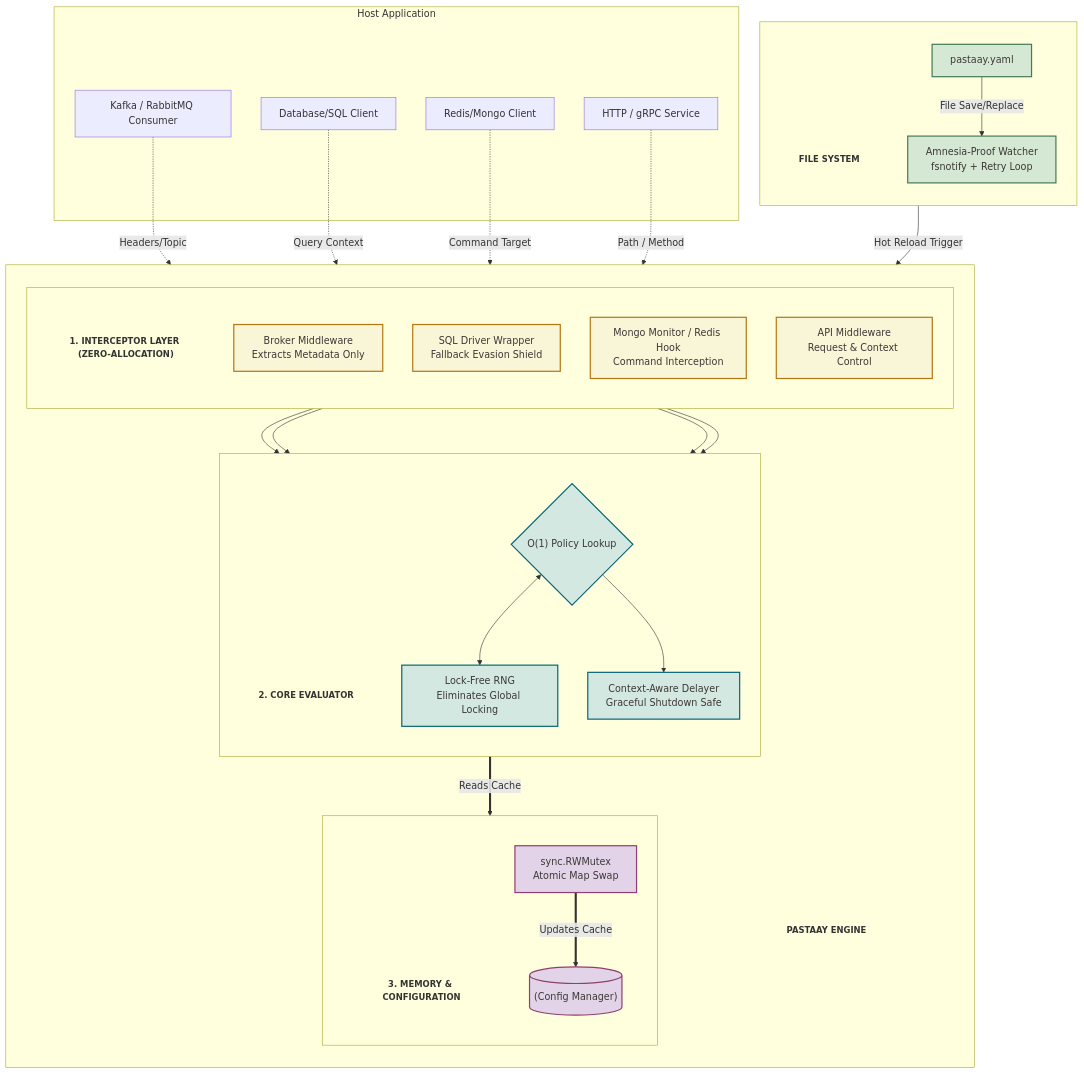
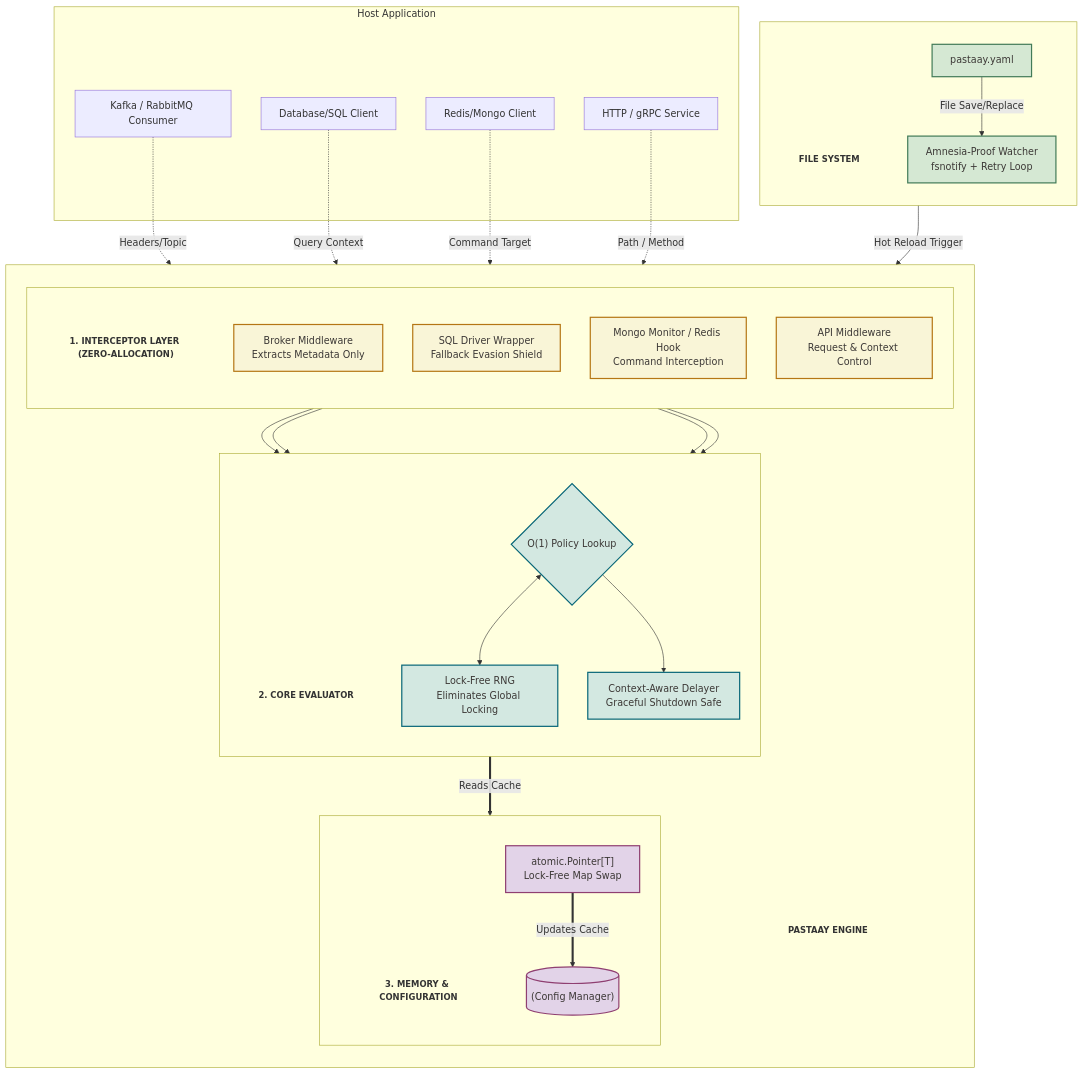
Before and after one commit to CemAkan/pastaay: the diagram in docs/architecture.md, drawn with Mermaid. The commit also changed other lines of this file and 3 other files, not shown here.

````diff
--- a/docs/architecture.md
+++ b/docs/architecture.md
@@ -32,77 +35,77 @@
 ```mermaid
 graph TD
     subgraph "Host Application"
         A["Kafka / RabbitMQ Consumer"]
         B["Database/SQL Client"]
         C["Redis/Mongo Client"]
         D["HTTP / gRPC Service"]
     end
 
 subgraph PE [" "]
 direction TB
 L1["<b>PASTAAY ENGINE</b>"]
 
 subgraph IL [" "]
 direction TB
 L2["<b>1. INTERCEPTOR LAYER (ZERO-ALLOCATION)</b>"]
 I1["Broker Middleware<br/>Extracts Metadata Only"]
 I2["SQL Driver Wrapper<br/>Fallback Evasion Shield"]
 I3["Mongo Monitor / Redis Hook<br/>Command Interception"]
 I4["API Middleware<br/>Request & Context Control"]
 end
 
 subgraph CE [" "]
 direction TB
 L3["<b>2. CORE EVALUATOR</b>"]
 E1{"O(1) Policy Lookup"}
 E2["Lock-Free RNG<br/>Eliminates Global Locking"]
 E3["Context-Aware Delayer<br/>Graceful Shutdown Safe"]
 end
 
 subgraph MC [" "]
 direction TB
 L4["<b>3. MEMORY & CONFIGURATION</b>"]
 M1[("(Config Manager)")]
-M2["sync.RWMutex<br/>Atomic Map Swap"]
+M2["atomic.Pointer[T]<br/>Lock-Free Map Swap"]
 end
 end
 
 subgraph FS [" "]
 direction TB
 L5["<b>FILE SYSTEM</b>"]
 F1["pastaay.yaml"]
 F2["Amnesia-Proof Watcher<br/>fsnotify + Retry Loop"]
 end
 
 %% Connections
 A -.->|Headers/Topic| I1
 B -.->|Query Context| I2
 C -.->|Command Target| I3
 D -.->|Path / Method| I4
 
 I1 --> E1
 I2 --> E1
 I3 --> E1
 I4 --> E1
 
 E1 <--> E2
 E1 --> E3
 E1 ==>|Reads Cache| M1
 
 F1 -->|File Save/Replace| F2
 F2 -->|Hot Reload Trigger| M2
 M2 ==>|Updates Cache| M1
 
 
 classDef interceptor fill:#f9f5d7,stroke:#b57614,stroke-width:2px,color:#3c3836;
 classDef evaluator fill:#d3e8e1,stroke:#076678,stroke-width:2px,color:#3c3836;
 classDef memory fill:#e2d3e8,stroke:#8f3f71,stroke-width:2px,color:#3c3836;
 classDef filesystem fill:#d5e8d3,stroke:#427b58,stroke-width:2px,color:#3c3836;
 classDef header fill:none,stroke:none,font-size:14px,font-weight:bold;
 
 class I1,I2,I3,I4 interceptor;
 class E1,E2,E3 evaluator;
 class M1,M2 memory;
 class F1,F2 filesystem;
 class L1,L2,L3,L4,L5 header;
 ```
````
